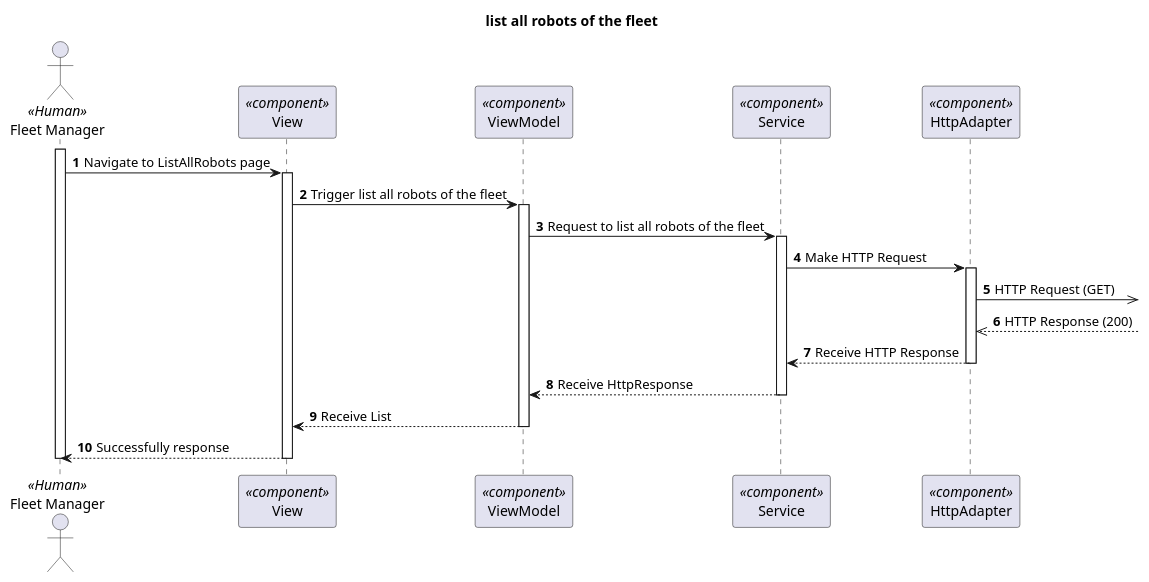
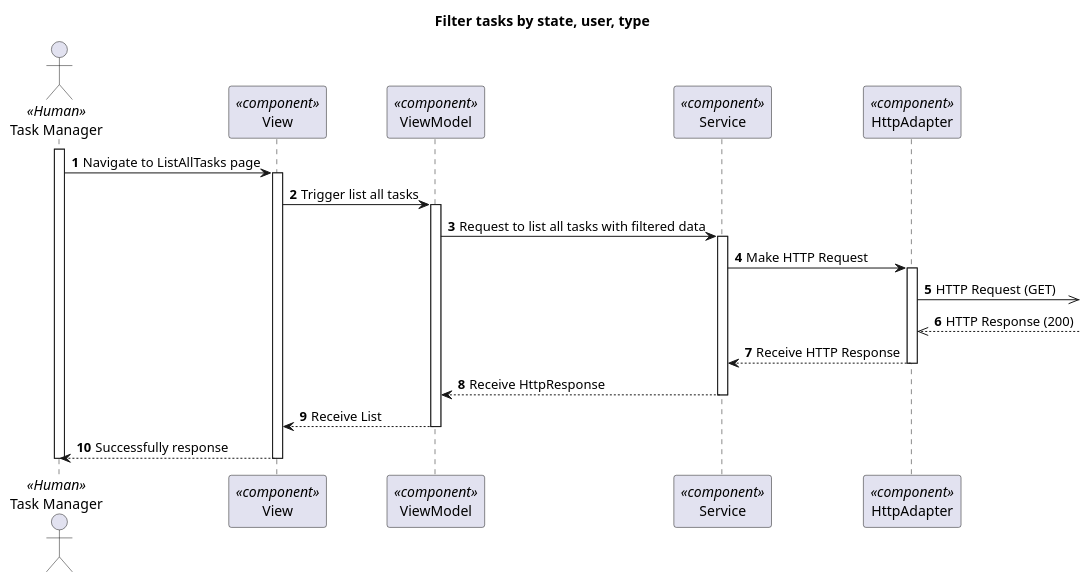
One commit to 1210910/lapr5 changed the diagram in docs/VistaProcesso/US490/Visualization/ProcessView_Level3_US1030.puml. Above: the diagram before and after it, drawn with PlantUML. The commit also changed 11 other files, not shown here.

Commit message:
S5P-115,S5P-116,S5P-117 fix process diagrams

```diff
--- a/docs/VistaProcesso/US490/Visualization/ProcessView_Level3_US1030.puml
+++ b/docs/VistaProcesso/US490/Visualization/ProcessView_Level3_US1030.puml
@@ -1,38 +1,38 @@
 @startuml Process View - Level 3
 
 autonumber
 skinparam packageStyle rect
 
-title list all robots of the fleet
+title Filter tasks by state, user, type
 
-actor "Fleet Manager" as FM <<Human>>
+actor "Task Manager" as FM <<Human>>
 participant "View" as view <<component>>
 participant "ViewModel" as viewModel <<component>>
 participant "Service" as service <<component>>
 participant "HttpAdapter" as httpAdapter <<component>>
 
 activate FM
-FM -> view : Navigate to ListAllRobots page
+FM -> view : Navigate to ListAllTasks page
 activate view
-view -> viewModel : Trigger list all robots of the fleet
+view -> viewModel : Trigger list all tasks
 
 activate viewModel
-viewModel -> service : Request to list all robots of the fleet
+viewModel -> service : Request to list all tasks with filtered data
 
 activate service
 service -> httpAdapter : Make HTTP Request
 activate httpAdapter
 httpAdapter ->> : HTTP Request (GET)
 httpAdapter <<-- : HTTP Response (200)
 httpAdapter --> service : Receive HTTP Response
 deactivate httpAdapter
 
 service --> viewModel : Receive HttpResponse
 deactivate service
 viewModel --> view : Receive List
 deactivate viewModel
 
 FM <-- view : Successfully response
 deactivate view
 deactivate FM
 @enduml
```
